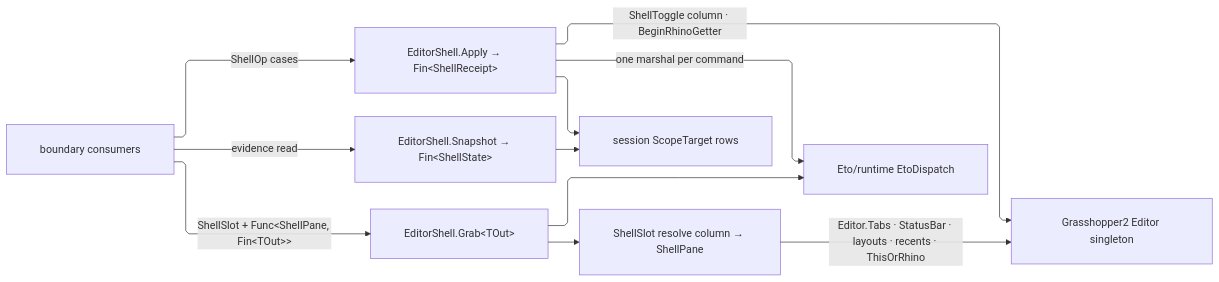
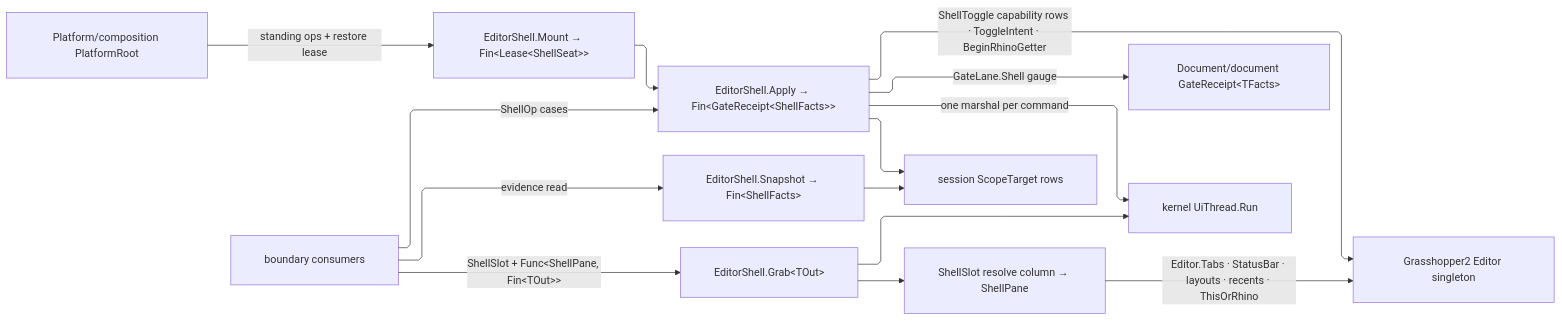
One commit to bsamiee/Rasm changed the diagram in libs/csharp/Rasm.Grasshopper/.planning/Shell/editor.md. Above: the diagram before and after it, drawn with Mermaid. The commit also changed other lines of this file and 818 other files, not shown here.

````diff
--- a/libs/csharp/Rasm.Grasshopper/.planning/Shell/editor.md
+++ b/libs/csharp/Rasm.Grasshopper/.planning/Shell/editor.md
@@ -192,22 +223,25 @@
 ```mermaid
 ---
 config:
   layout: elk
   flowchart:
     curve: linear
     padding: 25
 ---
 flowchart LR
-    accTitle: Three editor-shell gates over one singleton
-    accDescr: Boundary consumers reach the GH2 editor singleton through three EditorShell gates — command settlement, state snapshot, and typed pane projection — each acquiring scope through the session rows and resolving panes through the slot column inside one marshal.
-    Consumer["boundary consumers"] -->|ShellOp cases| Apply["EditorShell.Apply → Fin&lt;ShellReceipt&gt;"]
-    Consumer -->|evidence read| Snapshot["EditorShell.Snapshot → Fin&lt;ShellState&gt;"]
+    accTitle: Editor-shell gates over one singleton
+    accDescr: The composition root mounts the standing shell posture; boundary consumers reach the GH2 editor singleton through the command, snapshot, and pane-projection gates, each acquiring scope through the session rows inside one kernel marshal, the command gate gauging GateReceipt over ShellFacts on the shared Shell lane.
+    Root["Platform/composition PlatformRoot"] -->|standing ops + restore lease| Mount["EditorShell.Mount → Fin&lt;Lease&lt;ShellSeat&gt;&gt;"]
+    Mount --> Apply["EditorShell.Apply → Fin&lt;GateReceipt&lt;ShellFacts&gt;&gt;"]
+    Consumer["boundary consumers"] -->|ShellOp cases| Apply
+    Consumer -->|evidence read| Snapshot["EditorShell.Snapshot → Fin&lt;ShellFacts&gt;"]
     Consumer -->|"ShellSlot + Func&lt;ShellPane, Fin&lt;TOut&gt;&gt;"| Grab["EditorShell.Grab&lt;TOut&gt;"]
     Apply --> Scope["session ScopeTarget rows"]
     Snapshot --> Scope
     Grab --> Slots["ShellSlot resolve column → ShellPane"]
     Slots -->|"Editor.Tabs · StatusBar · layouts · recents · ThisOrRhino"| Host["Grasshopper2 Editor singleton"]
-    Apply -->|"ShellToggle column · BeginRhinoGetter"| Host
-    Apply -->|one marshal per command| Dispatch["Eto/runtime EtoDispatch"]
+    Apply -->|"ShellToggle capability rows · ToggleIntent · BeginRhinoGetter"| Host
+    Apply -->|"GateLane.Shell gauge"| Lane["Document/document GateReceipt&lt;TFacts&gt;"]
+    Apply -->|one marshal per command| Dispatch["kernel UiThread.Run"]
     Grab --> Dispatch
 ```
````
